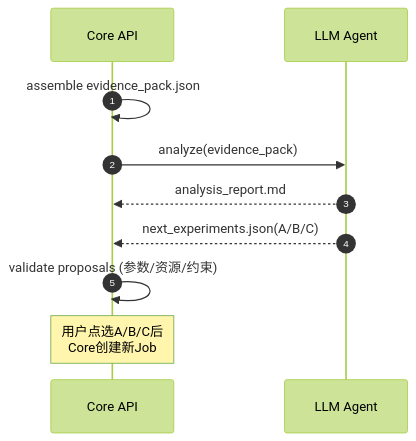
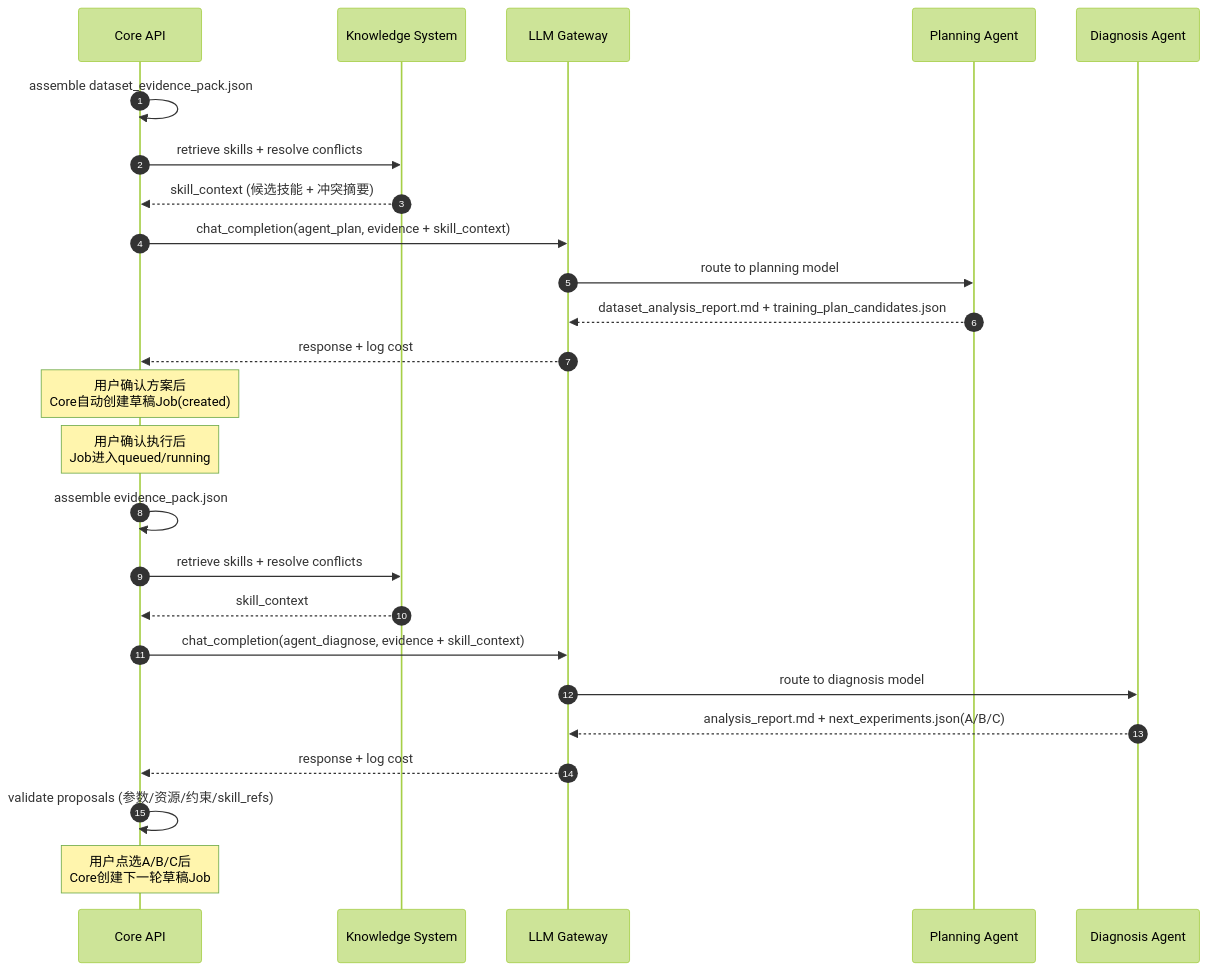
The third of 4 diagrams in docs/init/2.系统架构.md (oneraylee/autopot), drawn with Mermaid (forest theme) before and after one commit. The commit also changed other lines of this file and 14 other files, not shown here.

````diff
--- a/docs/init/2.系统架构.md
+++ b/docs/init/2.系统架构.md
@@ -90,12 +117,30 @@
 ```mermaid
 sequenceDiagram
   autonumber
   participant Core as Core API
-  participant Agent as LLM Agent
+  participant KS as Knowledge System
+  participant GW as LLM Gateway
+  participant Planner as Planning Agent
+  participant Agent as Diagnosis Agent
+
+  Core->>Core: assemble dataset_evidence_pack.json
+  Core->>KS: retrieve skills + resolve conflicts
+  KS-->>Core: skill_context (候选技能 + 冲突摘要)
+  Core->>GW: chat_completion(agent_plan, evidence + skill_context)
+  GW->>Planner: route to planning model
+  Planner-->>GW: dataset_analysis_report.md + training_plan_candidates.json
+  GW-->>Core: response + log cost
+
+  Note over Core: 用户确认方案后<br/>Core自动创建草稿Job(created)
+  Note over Core: 用户确认执行后<br/>Job进入queued/running
+
   Core->>Core: assemble evidence_pack.json
-  Core->>Agent: analyze(evidence_pack)
-  Agent-->>Core: analysis_report.md
-  Agent-->>Core: next_experiments.json(A/B/C)
-  Core->>Core: validate proposals (参数/资源/约束)
-  Note over Core: 用户点选A/B/C后<br/>Core创建新Job
+  Core->>KS: retrieve skills + resolve conflicts
+  KS-->>Core: skill_context
+  Core->>GW: chat_completion(agent_diagnose, evidence + skill_context)
+  GW->>Agent: route to diagnosis model
+  Agent-->>GW: analysis_report.md + next_experiments.json(A/B/C)
+  GW-->>Core: response + log cost
+  Core->>Core: validate proposals (参数/资源/约束/skill_refs)
+  Note over Core: 用户点选A/B/C后<br/>Core创建下一轮草稿Job
 ```
````
